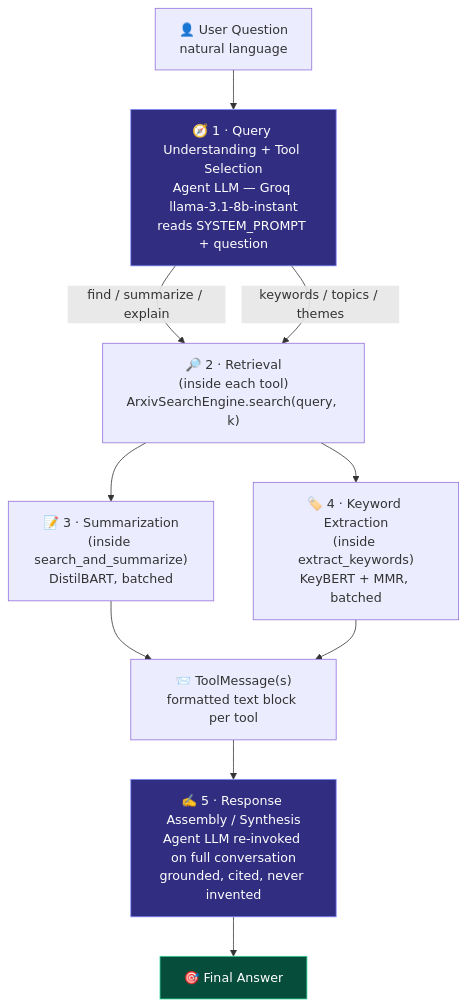
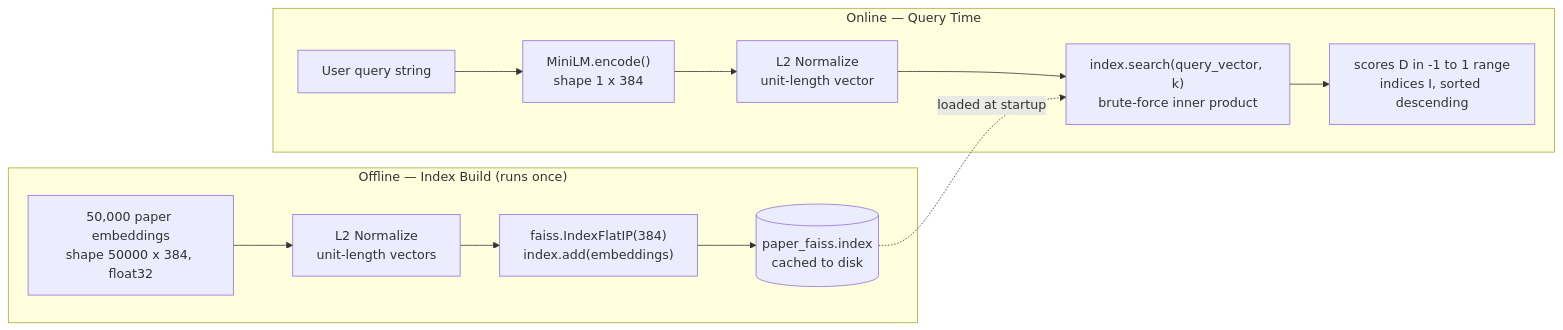
One commit to aayushdalal/Fanite changed the fourth of 5 diagrams in README.md. Above: the diagram before and after it, drawn with Mermaid. The commit also changed other lines of this file, not shown here.

````diff
--- a/README.md
+++ b/README.md
@@ -205,16 +527,16 @@
 ```mermaid
-flowchart TD
-    U["👤 User Question<br/>natural language"] --> R["🧭 1 · Query Understanding + Tool Selection<br/>Agent LLM — Groq llama-3.1-8b-instant<br/>reads SYSTEM_PROMPT + question"]
-    R -->|"find / summarize / explain"| T1["🔎 2 · Retrieval<br/>(inside each tool)<br/>ArxivSearchEngine.search(query, k)"]
-    R -->|"keywords / topics / themes"| T1
-    T1 --> T2A["📝 3 · Summarization<br/>(inside search_and_summarize)<br/>DistilBART, batched"]
-    T1 --> T2B["🏷️ 4 · Keyword Extraction<br/>(inside extract_keywords)<br/>KeyBERT + MMR, batched"]
-    T2A --> M["📨 ToolMessage(s)<br/>formatted text block per tool"]
-    T2B --> M
-    M --> S["✍️ 5 · Response Assembly / Synthesis<br/>Agent LLM re-invoked on full conversation<br/>grounded, cited, never invented"]
-    S --> F["🎯 Final Answer"]
+flowchart LR
+    subgraph Offline["Offline — Index Build (runs once)"]
+        P["50,000 paper embeddings<br/>shape 50000 x 384, float32"] --> N1["L2 Normalize<br/>unit-length vectors"]
+        N1 --> IDX["faiss.IndexFlatIP(384)<br/>index.add(embeddings)"]
+        IDX --> SAVE[("paper_faiss.index<br/>cached to disk")]
+    end
 
-    style R fill:#312e81,stroke:#818cf8,color:#fff
-    style S fill:#312e81,stroke:#818cf8,color:#fff
-    style F fill:#064e3b,stroke:#34d399,color:#fff
+    subgraph Online["Online — Query Time"]
+        Q["User query string"] --> ENC["MiniLM.encode()<br/>shape 1 x 384"]
+        ENC --> N2["L2 Normalize<br/>unit-length vector"]
+        N2 --> SEARCH["index.search(query_vector, k)<br/>brute-force inner product"]
+        SAVE -.->|loaded at startup| SEARCH
+        SEARCH --> RANK["scores D in -1 to 1 range<br/>indices I, sorted descending"]
+    end
 ```
````
